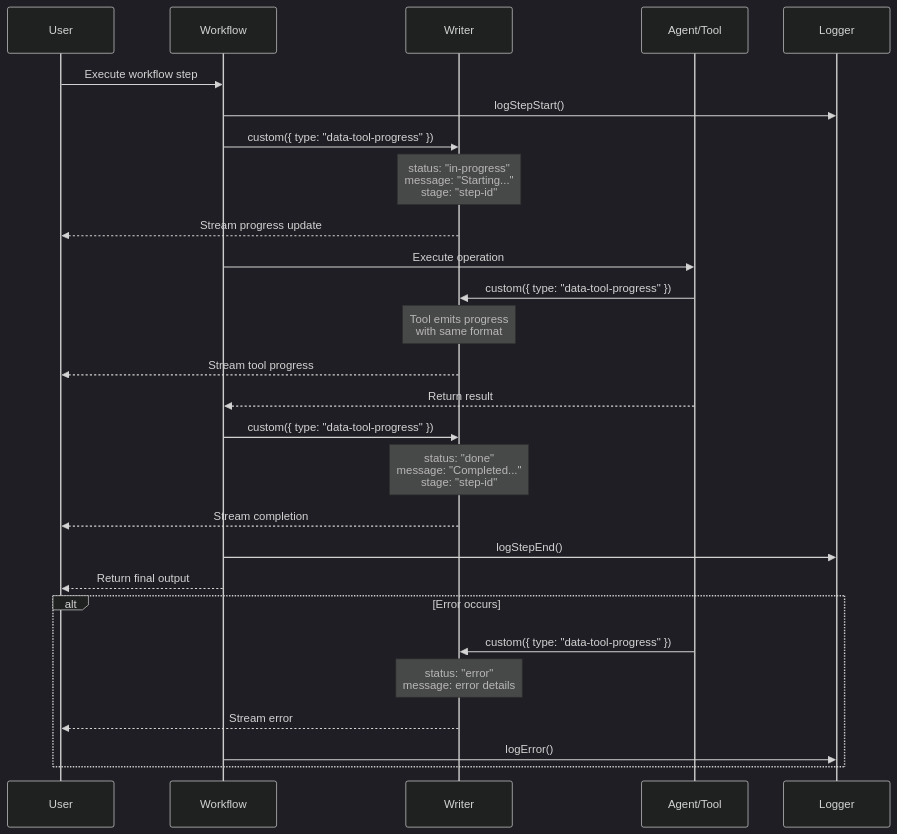
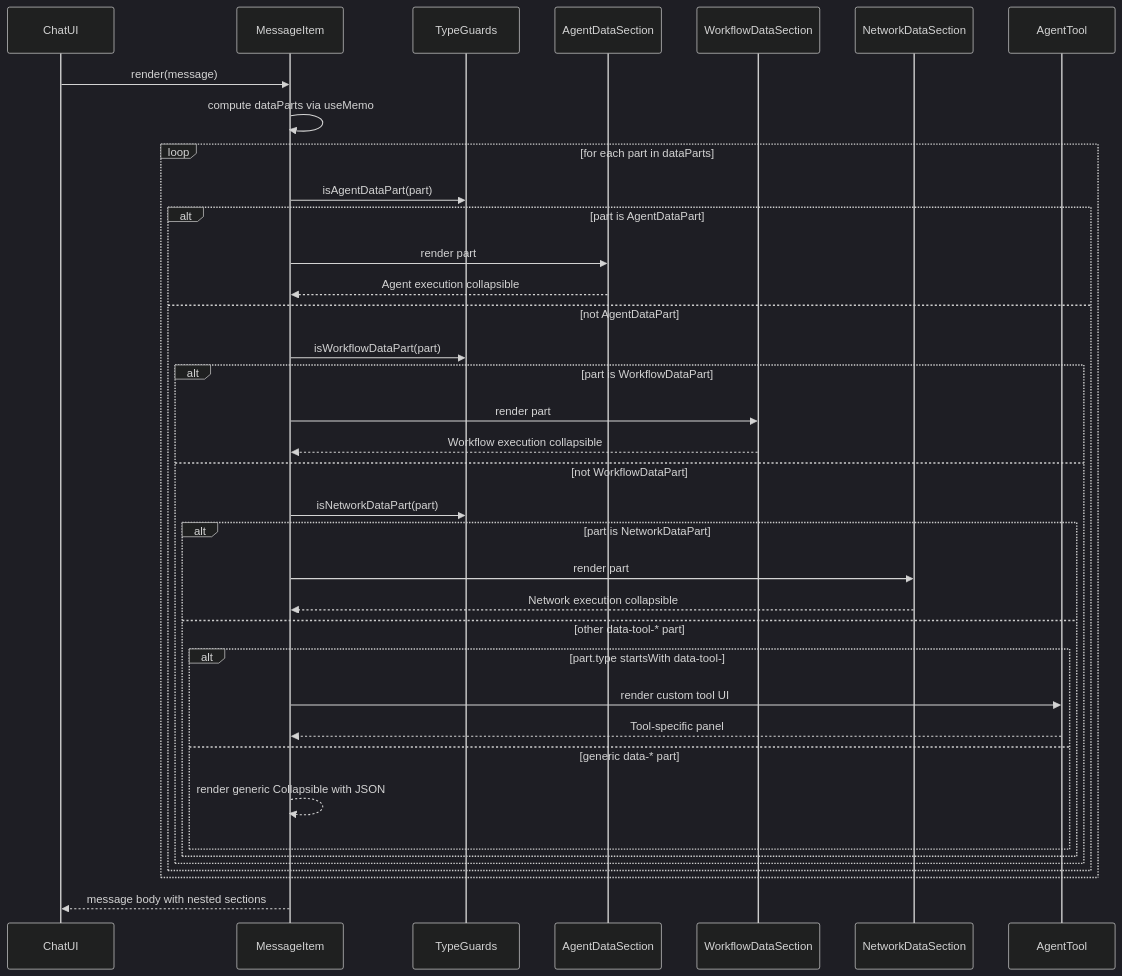
Before and after one commit to ssdeanx/AgentStack: the second of 6 diagrams in README.md, drawn with Mermaid. The commit also changed other lines of this file and 3 other files, not shown here.

````diff
--- a/README.md
+++ b/README.md
@@ -148,37 +148,43 @@
 ```mermaid
 %%{init: {'theme': 'dark', 'themeVariables': { 'primaryColor': '#58a6ff', 'primaryTextColor': '#c9d1d9', 'primaryBorderColor': '#30363d', 'lineColor': '#58a6ff', 'sectionBkgColor': '#161b22', 'altSectionBkgColor': '#0d1117', 'sectionTextColor': '#c9d1d9', 'gridColor': '#30363d', 'tertiaryColor': '#161b22' }}}%%
 sequenceDiagram
-    participant User
-    participant Workflow
-    participant Writer
-    participant Agent/Tool
-    participant Logger
+    participant UI as ChatUI
+    participant Msg as MessageItem
+    participant TG as TypeGuards
+    participant ADS as AgentDataSection
+    participant WDS as WorkflowDataSection
+    participant NDS as NetworkDataSection
+    participant AT as AgentTool
 
-    User->>Workflow: Execute workflow step
-    Workflow->>Logger: logStepStart()
+    UI->>Msg: render(message)
+    Msg->>Msg: compute dataParts via useMemo
 
-    Workflow->>Writer: custom({ type: "data-tool-progress" })
-    Note over Writer: status: "in-progress"<br/>message: "Starting..."<br/>stage: "step-id"
-    Writer-->>User: Stream progress update
+    loop for each part in dataParts
+        Msg->>TG: isAgentDataPart(part)
+        alt part is AgentDataPart
+            Msg->>ADS: render part
+            ADS-->>Msg: Agent execution collapsible
+        else not AgentDataPart
+            Msg->>TG: isWorkflowDataPart(part)
+            alt part is WorkflowDataPart
+                Msg->>WDS: render part
+                WDS-->>Msg: Workflow execution collapsible
+            else not WorkflowDataPart
+                Msg->>TG: isNetworkDataPart(part)
+                alt part is NetworkDataPart
+                    Msg->>NDS: render part
+                    NDS-->>Msg: Network execution collapsible
+                else other data-tool-* part
+                    alt part.type startsWith data-tool-
+                        Msg->>AT: render custom tool UI
+                        AT-->>Msg: Tool-specific panel
+                    else generic data-* part
+                        Msg-->>Msg: render generic Collapsible with JSON
+                    end
+                end
+            end
+        end
+    end
 
-    Workflow->>Agent/Tool: Execute operation
-    Agent/Tool->>Writer: custom({ type: "data-tool-progress" })
-    Note over Writer: Tool emits progress<br/>with same format
-    Writer-->>User: Stream tool progress
-
-    Agent/Tool-->>Workflow: Return result
-
-    Workflow->>Writer: custom({ type: "data-tool-progress" })
-    Note over Writer: status: "done"<br/>message: "Completed..."<br/>stage: "step-id"
-    Writer-->>User: Stream completion
-
-    Workflow->>Logger: logStepEnd()
-    Workflow-->>User: Return final output
-
-    alt Error occurs
-        Agent/Tool->>Writer: custom({ type: "data-tool-progress" })
-        Note over Writer: status: "error"<br/>message: error details
-        Writer-->>User: Stream error
-        Workflow->>Logger: logError()
-    end
+    Msg-->>UI: message body with nested sections
 ```
````
